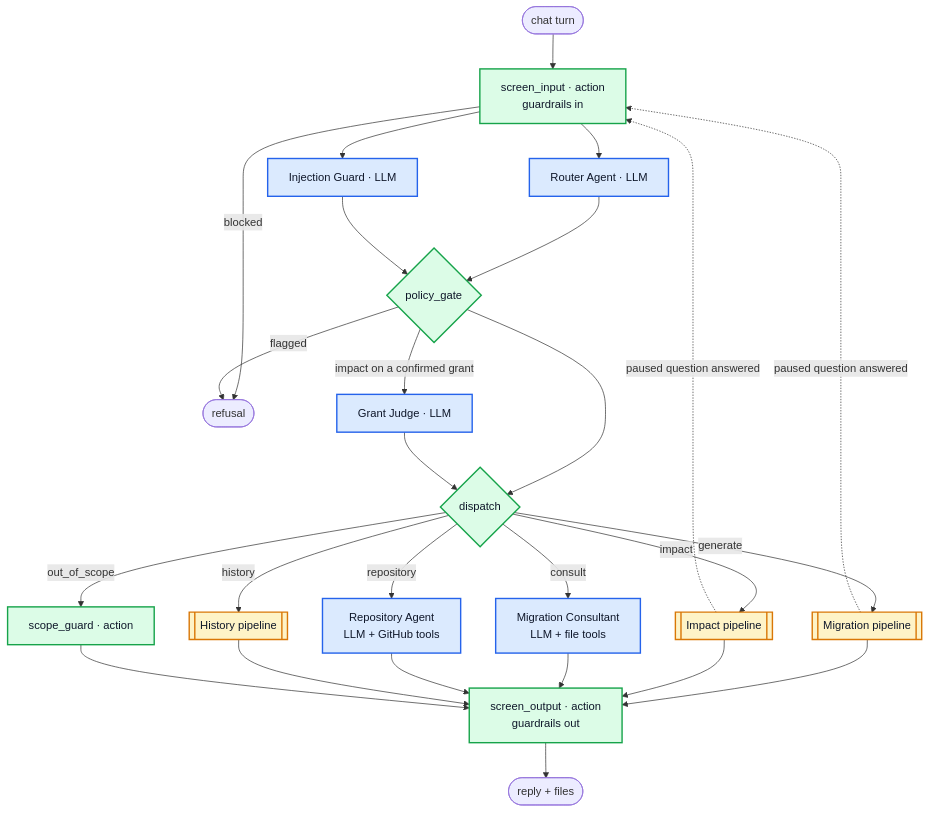
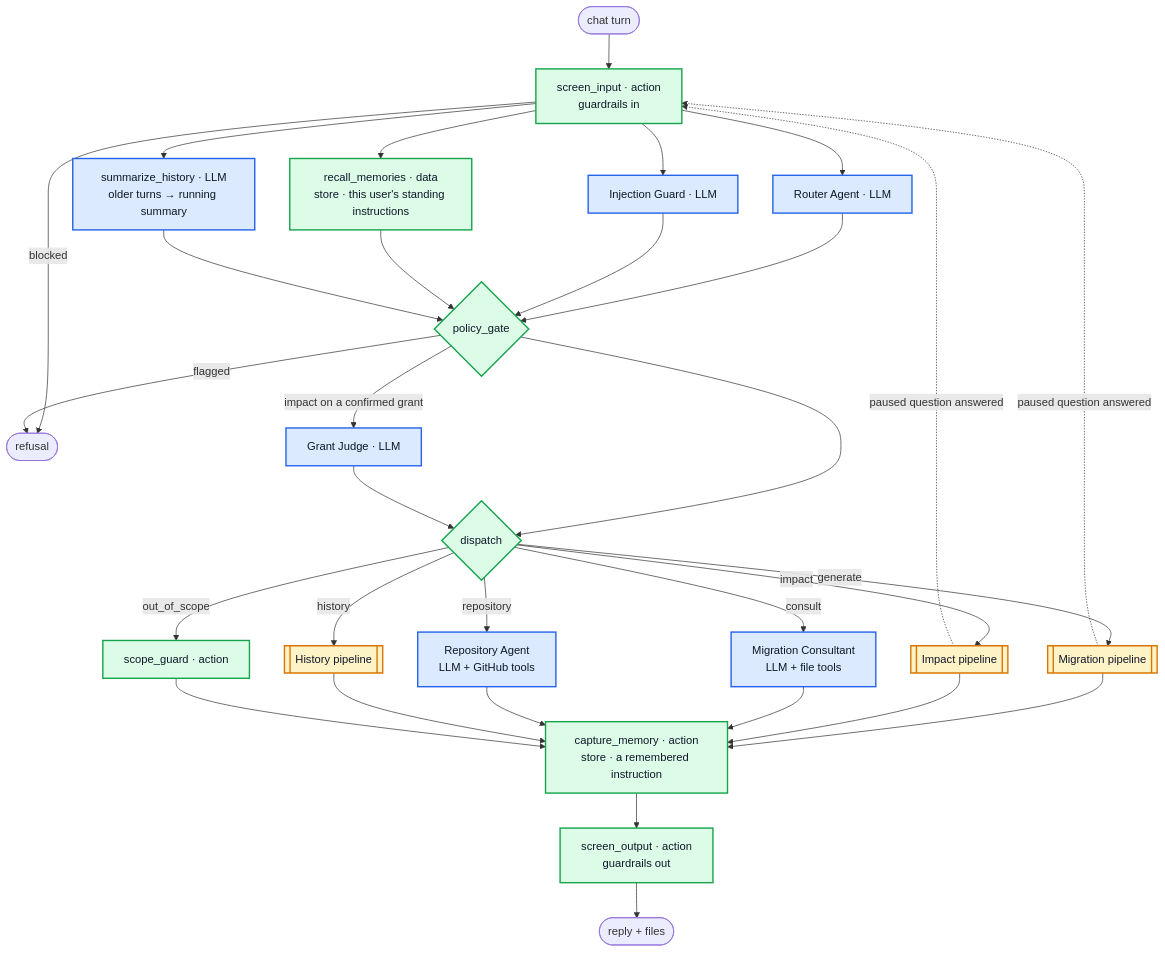
One commit to shankasf/small_migration changed the fifth of 8 diagrams in README.md. Above: the diagram before and after it, drawn with Mermaid. The commit also changed other lines of this file and 38 other files, not shown here.

````diff
--- a/README.md
+++ b/README.md
@@ -665,35 +671,40 @@
 ```mermaid
 flowchart TD
     S(["chat turn"]) --> SI["screen_input · action<br/>guardrails in"]
     SI -- blocked --> BL(["refusal"])
     SI --> R["Router Agent · LLM"]
     SI --> G["Injection Guard · LLM"]
+    SI --> RM["recall_memories · data<br/>store · this user's standing instructions"]
+    SI --> SM["summarize_history · LLM<br/>older turns → running summary"]
     R --> PG{"policy_gate"}
     G --> PG
+    RM --> PG
+    SM --> PG
     PG -- flagged --> BL
     PG -- "impact on a confirmed grant" --> GJ["Grant Judge · LLM"]
     PG --> DI{"dispatch"}
     GJ --> DI
     DI -- generate --> MIG[["Migration pipeline"]]
     DI -- impact --> IMP[["Impact pipeline"]]
     DI -- consult --> CON["Migration Consultant<br/>LLM + file tools"]
     DI -- repository --> REP["Repository Agent<br/>LLM + GitHub tools"]
     DI -- history --> HIS[["History pipeline"]]
     DI -- out_of_scope --> SG["scope_guard · action"]
-    MIG --> SO["screen_output · action<br/>guardrails out"]
-    IMP --> SO
-    CON --> SO
-    REP --> SO
-    HIS --> SO
-    SG --> SO
+    MIG --> CM["capture_memory · action<br/>store · a remembered instruction"]
+    CM --> SO["screen_output · action<br/>guardrails out"]
+    IMP --> CM
+    CON --> CM
+    REP --> CM
+    HIS --> CM
+    SG --> CM
     MIG -. "paused question answered" .-> SI
     IMP -. "paused question answered" .-> SI
     SO --> E(["reply + files"])
 
     classDef llm fill:#dbeafe,stroke:#2563eb,stroke-width:2px,color:#0f172a
     classDef act fill:#dcfce7,stroke:#16a34a,stroke-width:2px,color:#0f172a
     classDef sub fill:#fef3c7,stroke:#d97706,stroke-width:2px,color:#0f172a
-    class R,G,GJ,CON,REP llm
-    class SI,SO,SG,PG,DI act
+    class R,G,GJ,CON,REP,SM llm
+    class SI,SO,SG,PG,DI,RM,CM act
     class MIG,IMP,HIS sub
 ```
````
